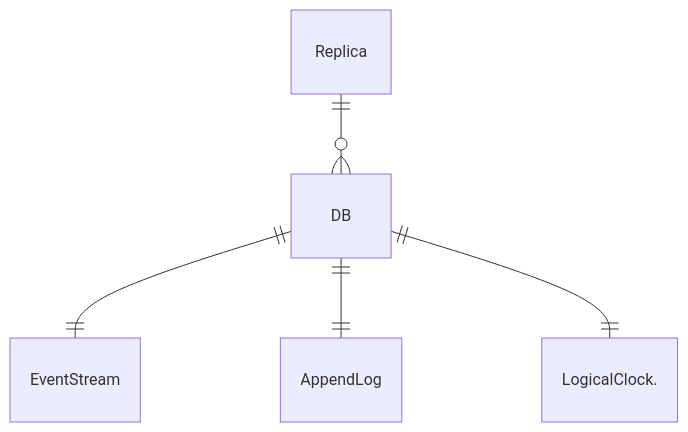
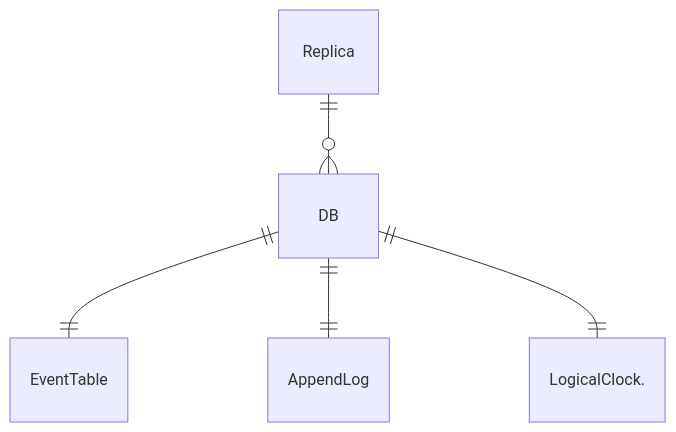
One commit to LAC-Tech/laterbase changed the first of 2 diagrams in notes/technical.md. Above: the diagram before and after it, drawn with Mermaid. The commit also changed other lines of this file and 1 other file, not shown here.

````diff
--- a/notes/technical.md
+++ b/notes/technical.md
@@ -18,9 +18,7 @@
 ```mermaid
 erDiagram
     Replica ||--o{ DB : ""
-    DB ||--|| EventStream : ""
+    DB ||--|| EventTable : ""
     DB ||--|| AppendLog : ""
     DB ||--|| LogicalClock. : ""
-    
-    
 ```
````
